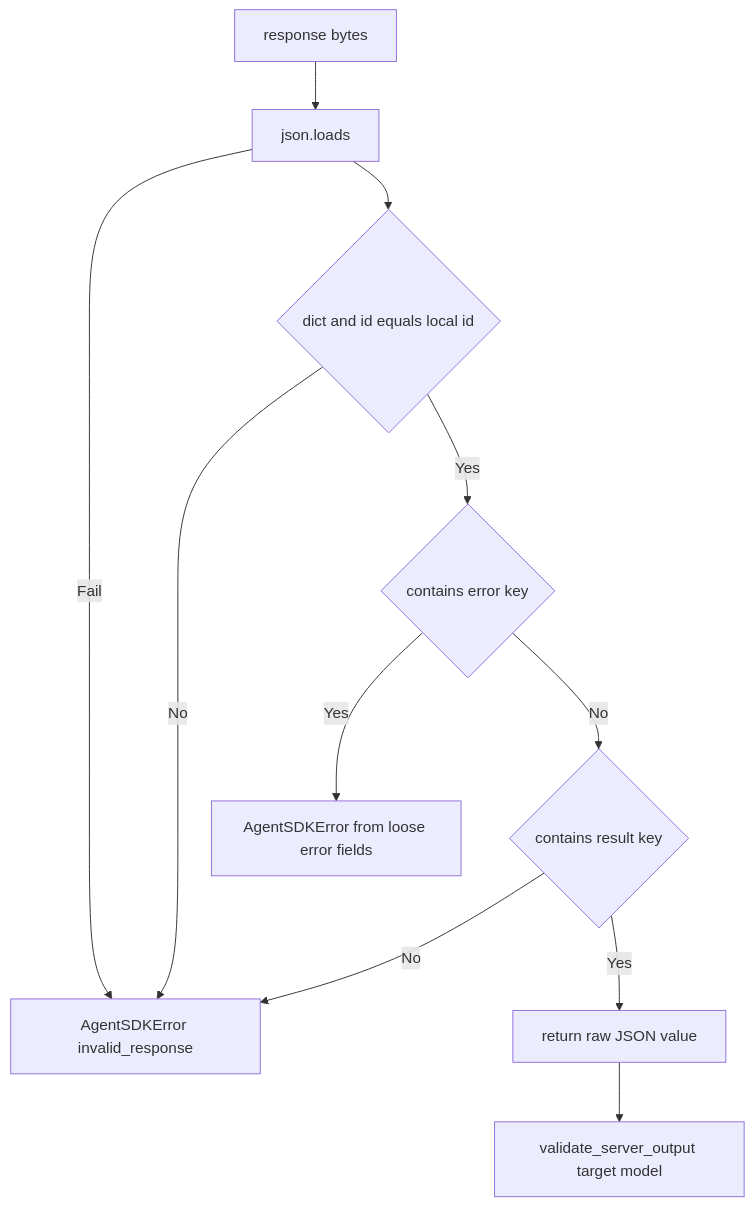
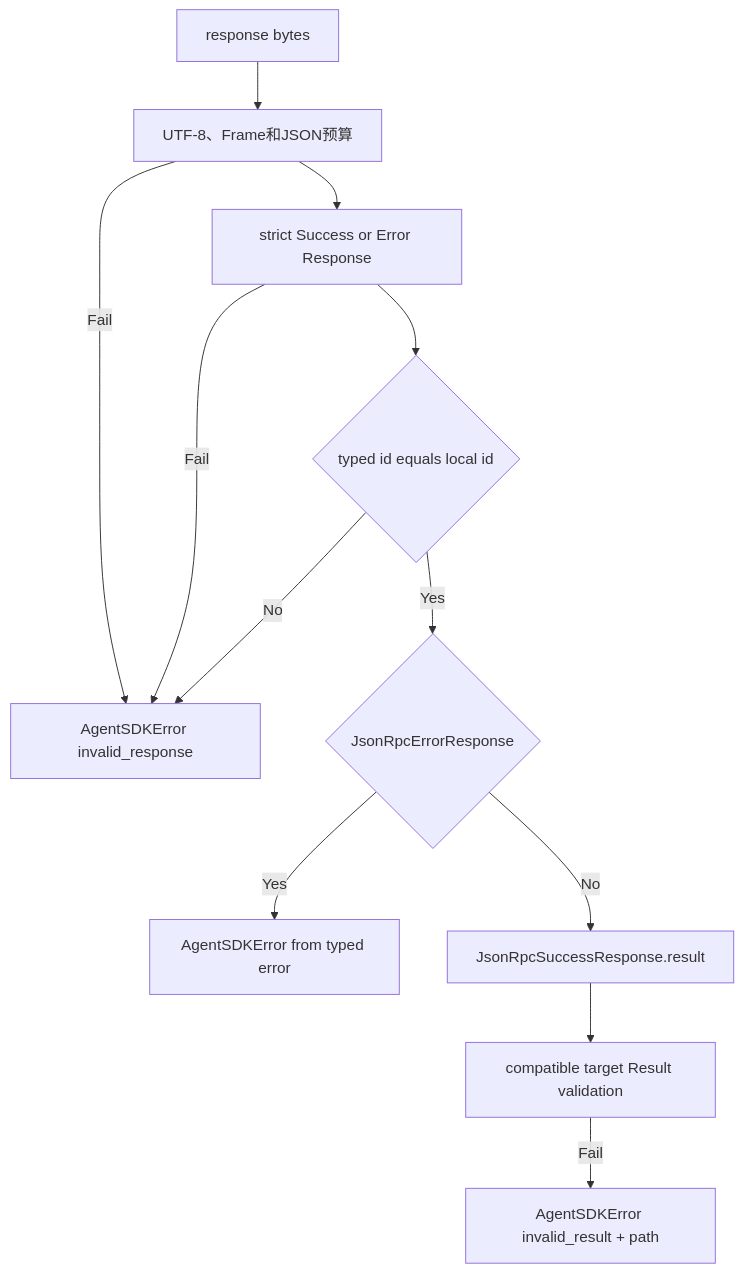
The tenth of 15 diagrams in docs/modules/sdk.md (carrie1988/Harnessix), drawn with Mermaid before and after one commit. The commit also changed other lines of this file and 7 other files, not shown here.

Commit message:
fix: harden agent sdk response boundaries

````diff
--- a/docs/modules/sdk.md
+++ b/docs/modules/sdk.md
@@ -527,13 +532,14 @@
 ```mermaid
 flowchart TD
-    Bytes["response bytes"] --> Loads["json.loads"]
-    Loads -- Fail --> Invalid["AgentSDKError invalid_response"]
-    Loads --> Identity{"dict and id equals local id"}
+    Bytes["response bytes"] --> Budget["UTF-8、Frame和JSON预算"]
+    Budget -- Fail --> Invalid["AgentSDKError invalid_response"]
+    Budget --> Envelope["strict Success or Error Response"]
+    Envelope -- Fail --> Invalid
+    Envelope --> Identity{"typed id equals local id"}
     Identity -- No --> Invalid
-    Identity -- Yes --> Error{"contains error key"}
-    Error -- Yes --> Map["AgentSDKError from loose error fields"]
-    Error -- No --> Result{"contains result key"}
-    Result -- No --> Invalid
-    Result -- Yes --> Value["return raw JSON value"]
-    Value --> Model["validate_server_output target model"]
+    Identity -- Yes --> Error{"JsonRpcErrorResponse"}
+    Error -- Yes --> Map["AgentSDKError from typed error"]
+    Error -- No --> Value["JsonRpcSuccessResponse.result"]
+    Value --> Model["compatible target Result validation"]
+    Model -- Fail --> InvalidResult["AgentSDKError invalid_result + path"]
 ```
````
